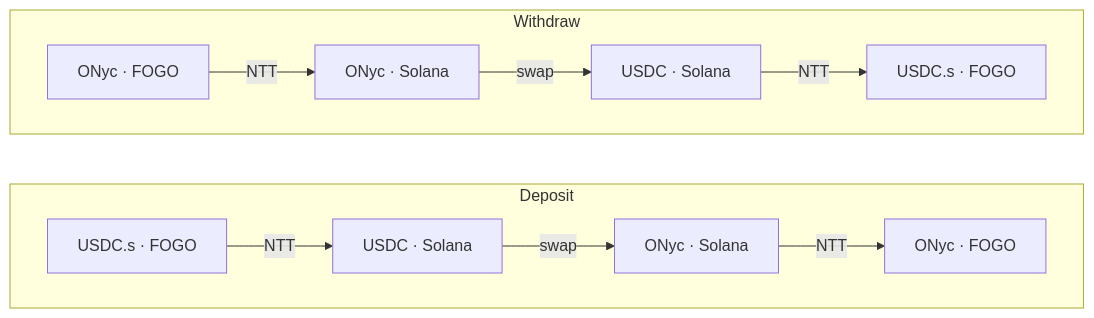
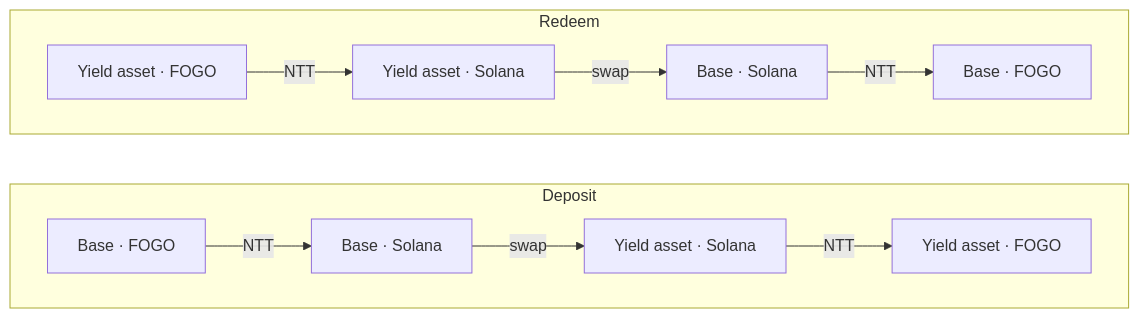
The diagram in README.md (pointgroup-labs/fogo-yield), drawn with Mermaid before and after one commit. The commit also changed other lines of this file and 1 other file, not shown here.

Commit message:
docs: reframe as universal yield layer; refresh toolchain and scope

````diff
--- a/README.md
+++ b/README.md
@@ -15,15 +21,15 @@
 ```mermaid
 flowchart LR
     subgraph dep [Deposit]
         direction LR
-        A["USDC.s · FOGO"] -->|NTT| B["USDC · Solana"]
-        B -->|swap| C["ONyc · Solana"]
-        C -->|NTT| D["ONyc · FOGO"]
+        A["Base · FOGO"] -->|NTT| B["Base · Solana"]
+        B -->|swap| C["Yield asset · Solana"]
+        C -->|NTT| D["Yield asset · FOGO"]
     end
-    subgraph wd [Withdraw]
+    subgraph wd [Redeem]
         direction LR
-        E["ONyc · FOGO"] -->|NTT| F["ONyc · Solana"]
-        F -->|swap| G["USDC · Solana"]
-        G -->|NTT| H["USDC.s · FOGO"]
+        E["Yield asset · FOGO"] -->|NTT| F["Yield asset · Solana"]
+        F -->|swap| G["Base · Solana"]
+        G -->|NTT| H["Base · FOGO"]
     end
 ```
````
